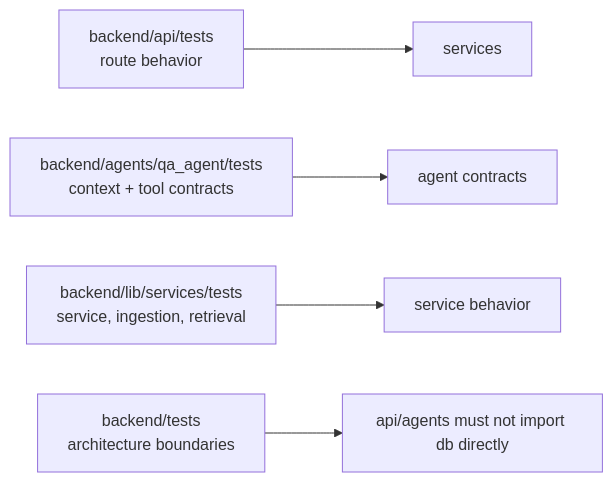
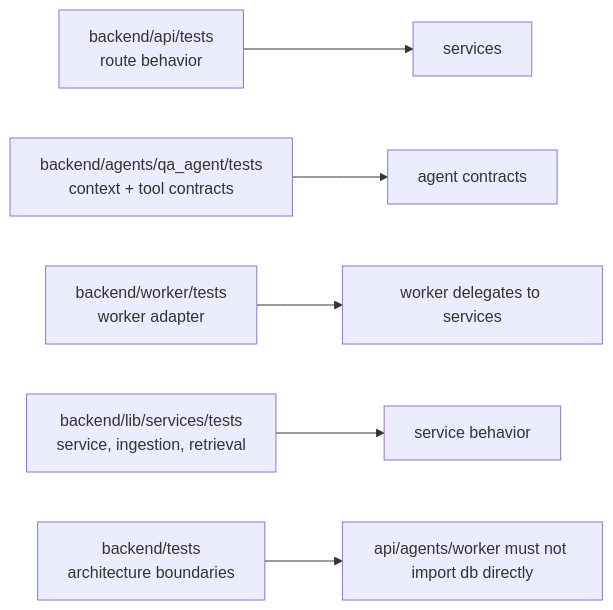
Before and after one commit to sheikhuzairhussain/document-qa: the eighth of 8 diagrams in README.md, drawn with Mermaid. The commit also changed other lines of this file and 27 other files, not shown here.

Commit message:
feat(backend): add scoped logging and worker entrypoint

````diff
--- a/README.md
+++ b/README.md
@@ -400,12 +402,14 @@
 ```mermaid
 flowchart LR
   apiTests["backend/api/tests<br/>route behavior"]
   agentTests["backend/agents/qa_agent/tests<br/>context + tool contracts"]
+  workerTests["backend/worker/tests<br/>worker adapter"]
   serviceTests["backend/lib/services/tests<br/>service, ingestion, retrieval"]
   archTests["backend/tests<br/>architecture boundaries"]
 
   apiTests --> services["services"]
   agentTests --> agentContracts["agent contracts"]
+  workerTests --> workerContract["worker delegates to services"]
   serviceTests --> serviceBehavior["service behavior"]
-  archTests --> boundary["api/agents must not import db directly"]
+  archTests --> boundary["api/agents/worker must not import db directly"]
 ```
````
